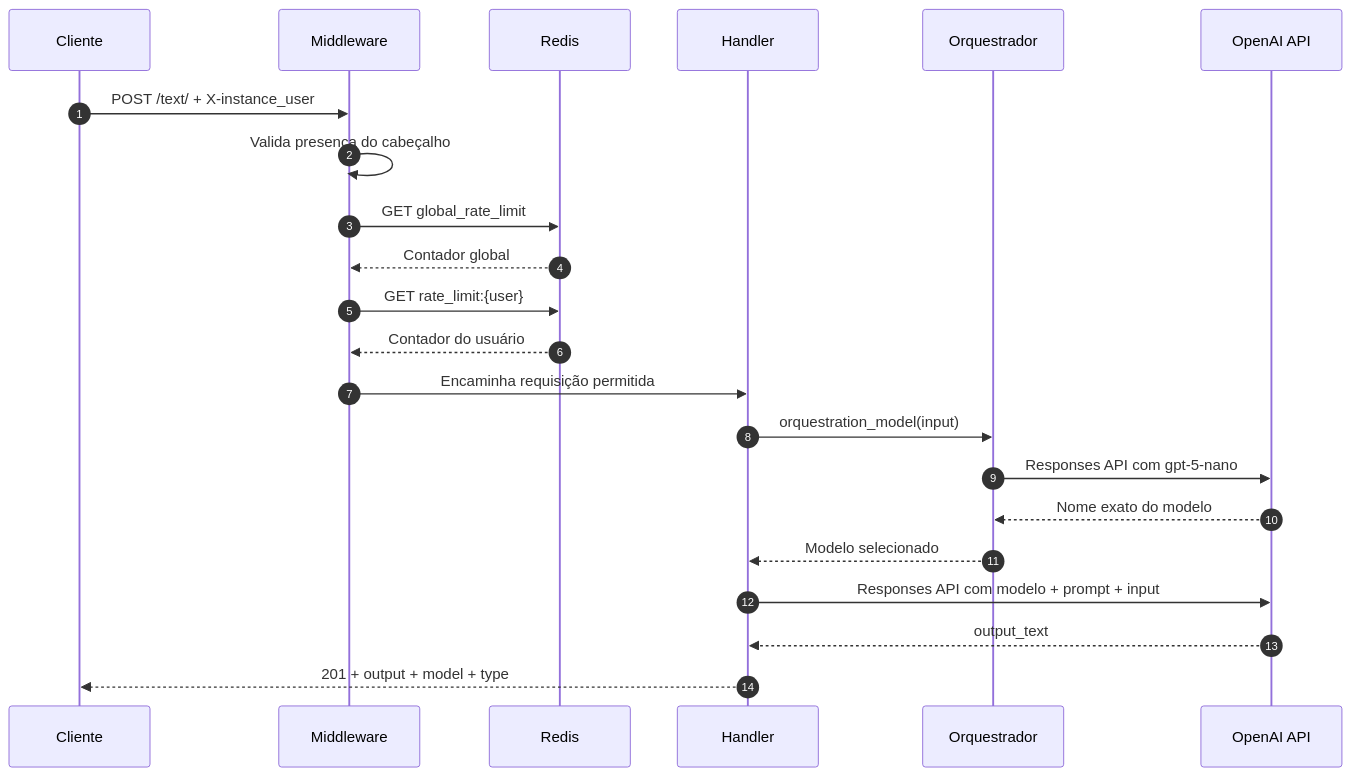
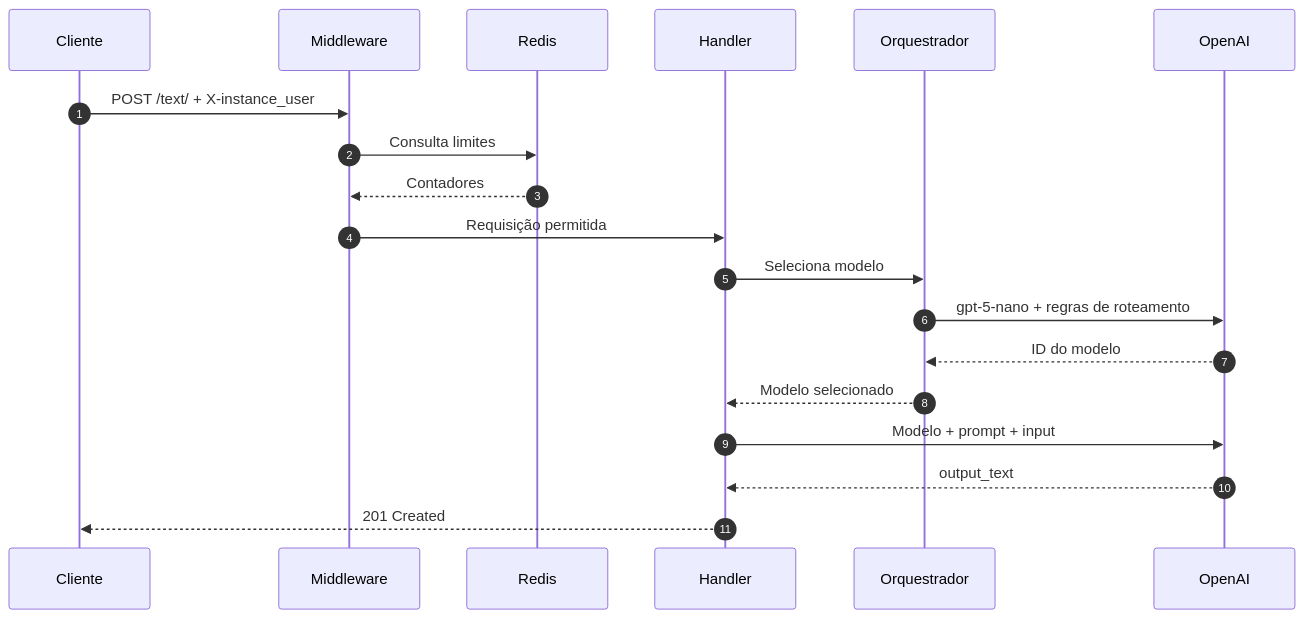
Before and after one commit to BrayanDevZN/AiAgenteSelector: the second of 2 diagrams in README.md, drawn with Mermaid. The commit also changed other lines of this file and 1 other file, not shown here.

````diff
--- a/README.md
+++ b/README.md
@@ -182,25 +108,22 @@
 ```mermaid
 sequenceDiagram
     autonumber
     participant C as Cliente
     participant M as Middleware
     participant R as Redis
     participant H as Handler
     participant O as Orquestrador
-    participant A as OpenAI API
+    participant A as OpenAI
 
     C->>M: POST /text/ + X-instance_user
-    M->>M: Valida presença do cabeçalho
-    M->>R: GET global_rate_limit
-    R-->>M: Contador global
-    M->>R: GET rate_limit:{user}
-    R-->>M: Contador do usuário
-    M->>H: Encaminha requisição permitida
-    H->>O: orquestration_model(input)
-    O->>A: Responses API com gpt-5-nano
-    A-->>O: Nome exato do modelo
+    M->>R: Consulta limites
+    R-->>M: Contadores
+    M->>H: Requisição permitida
+    H->>O: Seleciona modelo
+    O->>A: gpt-5-nano + regras de roteamento
+    A-->>O: ID do modelo
     O-->>H: Modelo selecionado
-    H->>A: Responses API com modelo + prompt + input
+    H->>A: Modelo + prompt + input
     A-->>H: output_text
-    H-->>C: 201 + output + model + type
+    H-->>C: 201 Created
 ```
````
